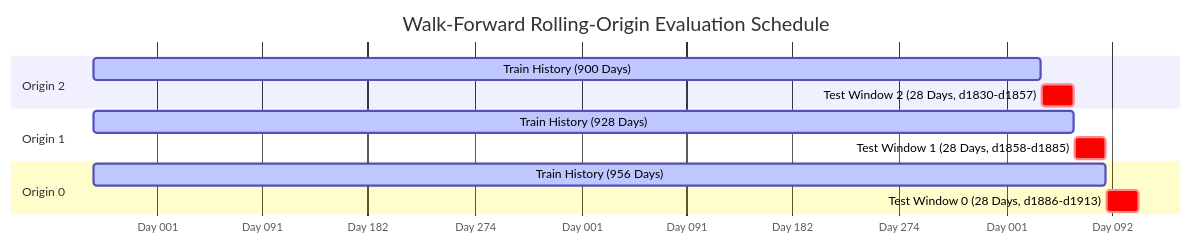
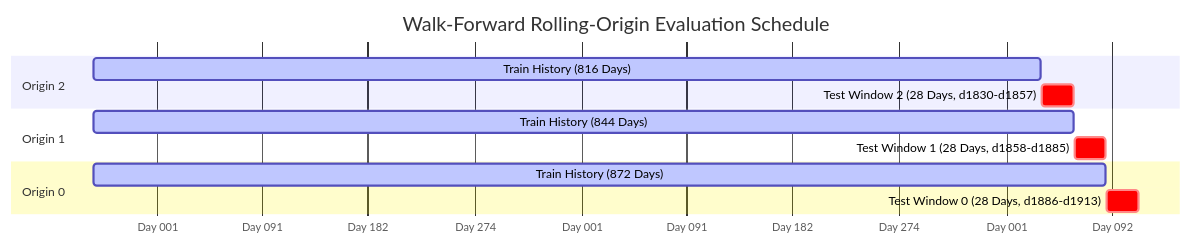
One commit to Jenish1706/Hierarchical_Retail_Demand_Forecasting changed the first of 2 diagrams in docs/guide/04_METHODOLOGY.md. Above: the diagram before and after it, drawn with Mermaid. The commit also changed other lines of this file and 18 other files, not shown here.

````diff
--- a/docs/guide/04_METHODOLOGY.md
+++ b/docs/guide/04_METHODOLOGY.md
@@ -13,18 +13,18 @@
 ```mermaid
 gantt
     title Walk-Forward Rolling-Origin Evaluation Schedule
     dateFormat  YYYY-MM-DD
     axisFormat  Day %j
     
     section Origin 2
-    Train History (900 Days) :active, o2_tr, 2013-11-07, 2016-01-31
+    Train History (816 Days) :active, o2_tr, 2013-11-07, 2016-01-31
     Test Window 2 (28 Days, d1830-d1857) :crit, o2_te, 2016-02-01, 2016-02-28
     
     section Origin 1
-    Train History (928 Days) :active, o1_tr, 2013-11-07, 2016-02-28
+    Train History (844 Days) :active, o1_tr, 2013-11-07, 2016-02-28
     Test Window 1 (28 Days, d1858-d1885) :crit, o1_te, 2016-02-29, 2016-03-27
     
     section Origin 0
-    Train History (956 Days) :active, o0_tr, 2013-11-07, 2016-03-27
+    Train History (872 Days) :active, o0_tr, 2013-11-07, 2016-03-27
     Test Window 0 (28 Days, d1886-d1913) :crit, o0_te, 2016-03-28, 2016-04-24
 ```
````
